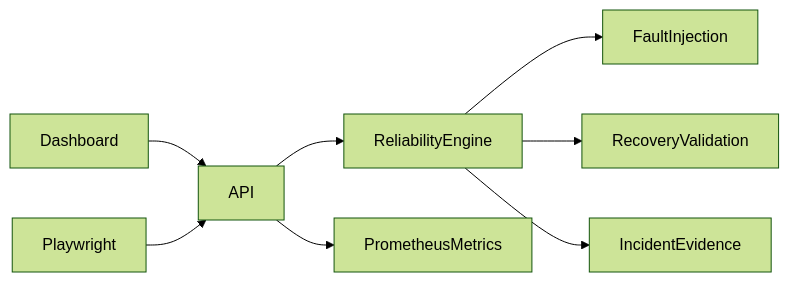
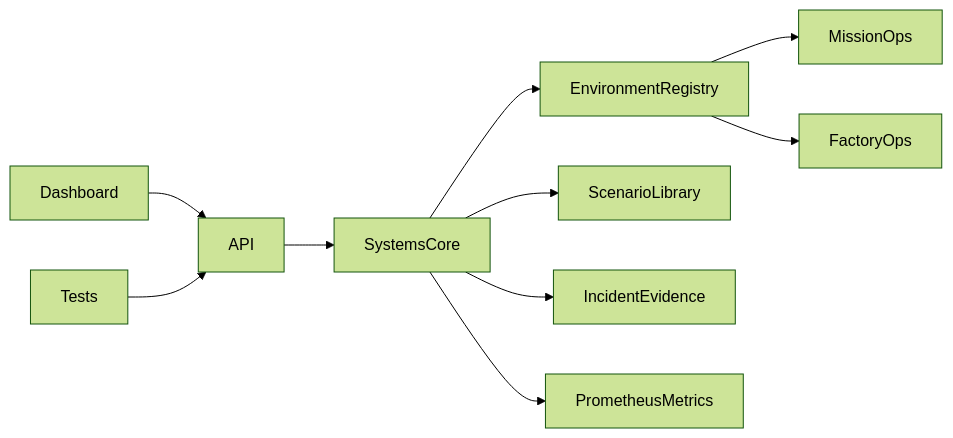
Before and after one commit to Lordkoii/Orbital-Reliability-Lab: the diagram in README.md, drawn with Mermaid (forest theme). The commit also changed other lines of this file, not shown here.

Commit message:
Reposition ORL for factory and mission reliability

````diff
--- a/README.md
+++ b/README.md
@@ -80,10 +102,12 @@
 ```mermaid
 flowchart LR
     Dashboard --> API
-    Playwright --> API
-    API --> ReliabilityEngine
-    ReliabilityEngine --> FaultInjection
-    ReliabilityEngine --> RecoveryValidation
-    ReliabilityEngine --> IncidentEvidence
-    API --> PrometheusMetrics
+    Tests --> API
+    API --> SystemsCore
+    SystemsCore --> EnvironmentRegistry
+    SystemsCore --> ScenarioLibrary
+    EnvironmentRegistry --> MissionOps
+    EnvironmentRegistry --> FactoryOps
+    SystemsCore --> IncidentEvidence
+    SystemsCore --> PrometheusMetrics
 ```
````
